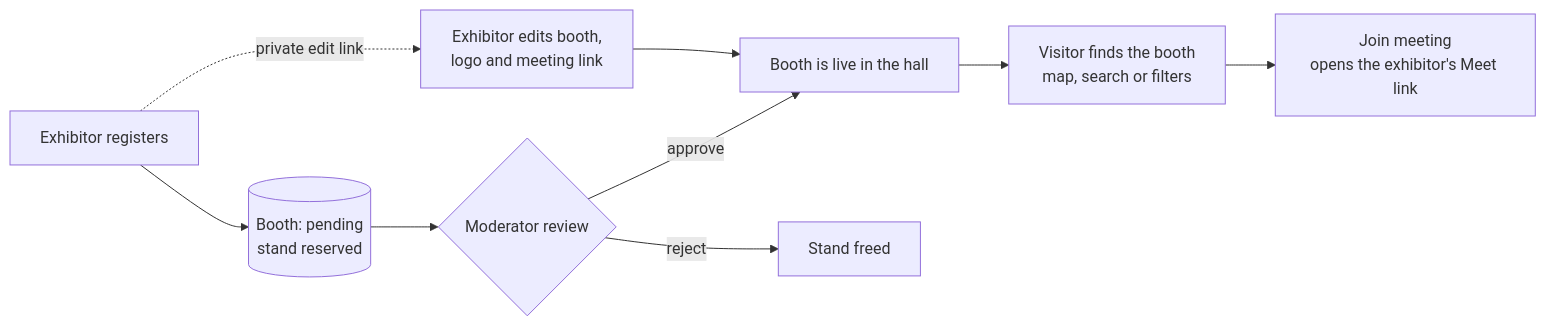
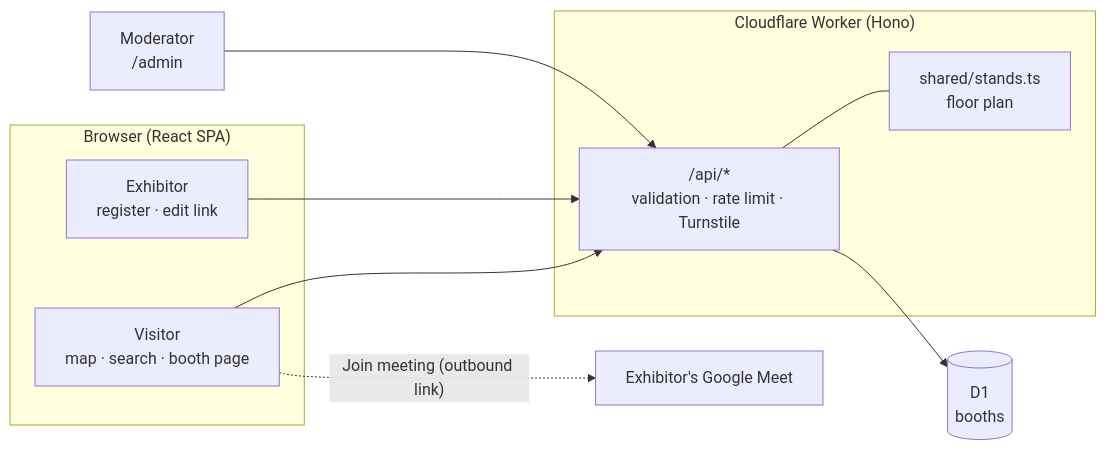
One commit to isaquesena-lab/virtual-expo-mvp changed the first of 2 diagrams in README.md. Above: the diagram before and after it, drawn with Mermaid. The commit also changed other lines of this file and 1 other file, not shown here.

````diff
--- a/README.md
+++ b/README.md
@@ -106,11 +189,23 @@
 ```mermaid
 flowchart LR
-    A[Exhibitor registers] --> B[(Booth: pending<br/>stand reserved)]
-    B --> C{Moderator review}
-    C -- approve --> D[Booth is live in the hall]
-    C -- reject --> E[Stand freed]
-    D --> F[Visitor finds the booth<br/>map, search or filters]
-    F --> G[Join meeting<br/>opens the exhibitor's Meet link]
-    A -. private edit link .-> H[Exhibitor edits booth,<br/>logo and meeting link]
-    H --> D
+    subgraph Browser["Browser (React SPA)"]
+        V["Visitor<br/>map · search · booth page"]
+        X["Exhibitor<br/>register · edit link"]
+    end
+
+    subgraph Edge["Cloudflare Worker (Hono)"]
+        API["/api/*<br/>validation · rate limit · Turnstile"]
+        ST["shared/stands.ts<br/>floor plan"]
+    end
+
+    DB[("D1<br/>booths")]
+    M["Moderator<br/>/admin"]
+    MEET["Exhibitor's Google Meet"]
+
+    V --> API
+    X --> API
+    M --> API
+    API --> DB
+    API --- ST
+    V -. "Join meeting (outbound link)" .-> MEET
 ```
````
